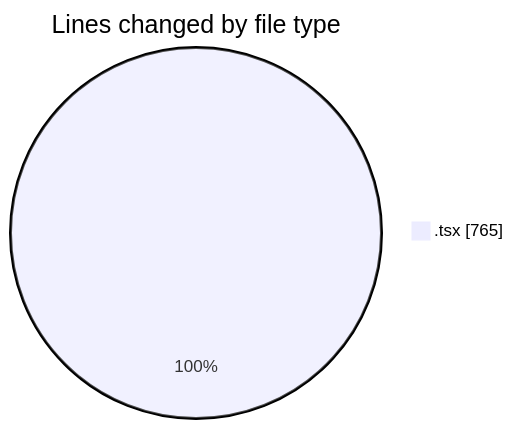
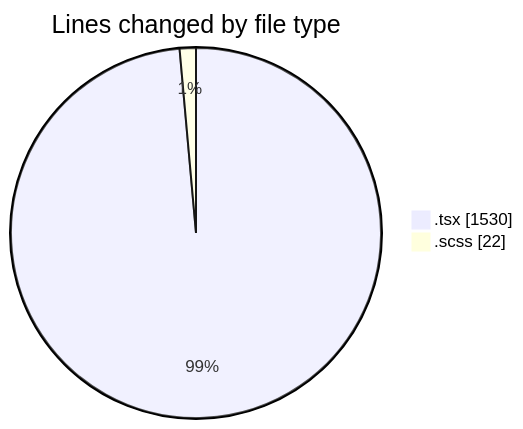
The first of 2 diagrams in 2025-06-16/cda/README.md (momahboobian/code-tracking), drawn with Mermaid before and after one commit. The commit also changed other lines of this file and 1 other file, not shown here.

````diff
--- a/2025-06-16/cda/README.md
+++ b/2025-06-16/cda/README.md
@@ -20,5 +21,6 @@
 ```mermaid
 pie showData
 title Lines changed by file type
-".tsx" : 765
+".tsx" : 1530
+".scss" : 22
 ```
````
